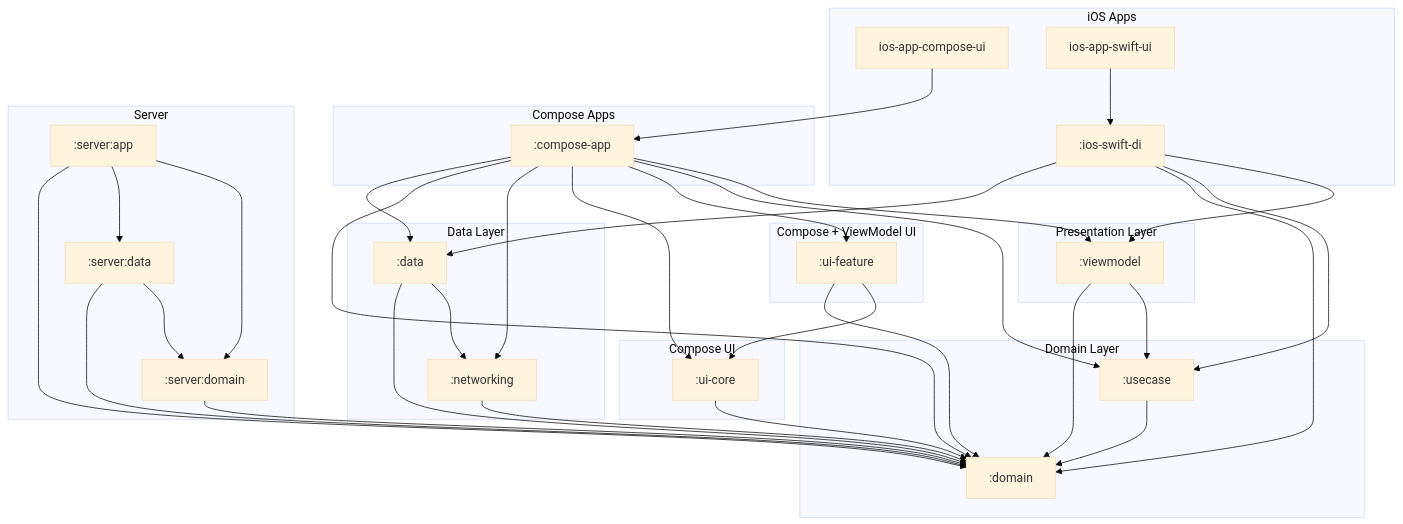
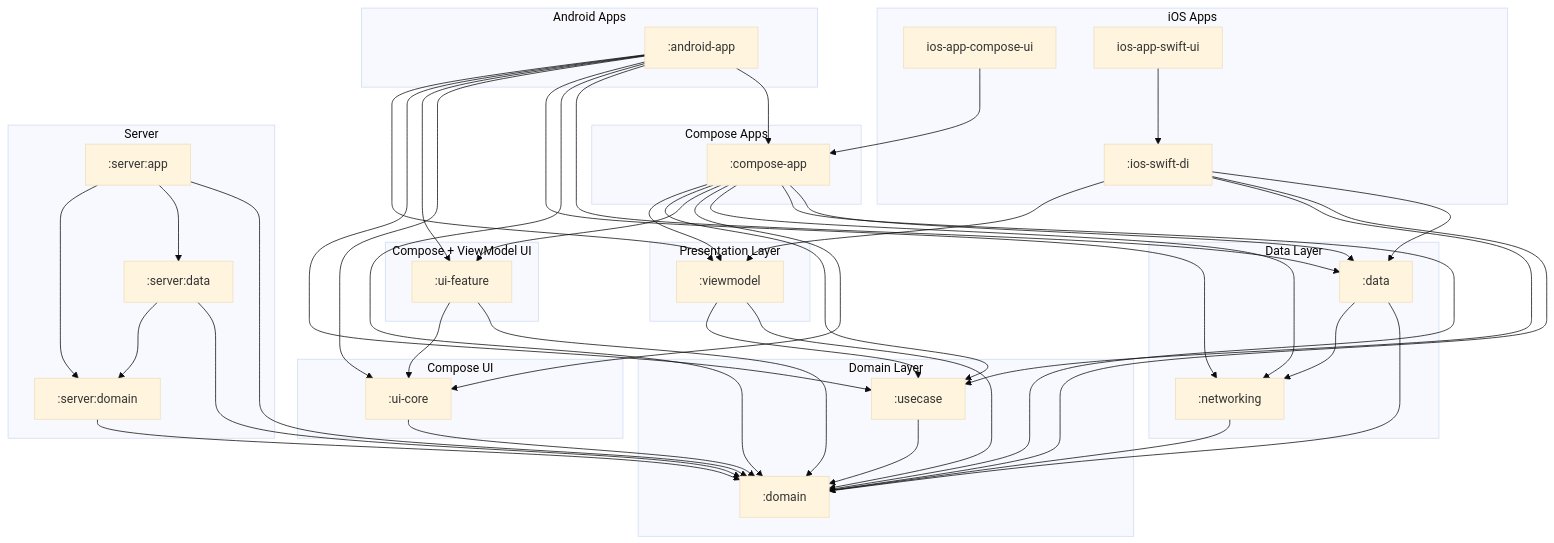
The diagram in docs/diagrams/full_system_structure.mmd (cartland/battery-butler), drawn with Mermaid (base theme) before and after one commit. The commit also changed 4 other files, not shown here.

Commit message:
docs: Regenerate architecture diagrams with android-app layer

```diff
--- a/docs/diagrams/full_system_structure.mmd
+++ b/docs/diagrams/full_system_structure.mmd
@@ -1,80 +1,93 @@
 graph TD
+    subgraph "Android Apps"
+        AndroidApp[":android-app"]
+    end
+
     subgraph "iOS Apps"
         IosSwiftDi[":ios-swift-di"]
         IosAppComposeUi["ios-app-compose-ui"]
         IosAppSwiftUi["ios-app-swift-ui"]
     end
 
     subgraph "Compose Apps"
         ComposeApp[":compose-app"]
     end
 
     subgraph "Server"
         ServerApp[":server:app"]
         ServerData[":server:data"]
         ServerDomain[":server:domain"]
     end
 
     subgraph "Compose UI"
         UiCore[":ui-core"]
     end
 
     subgraph "Compose + ViewModel UI"
         UiFeature[":ui-feature"]
     end
 
     subgraph "Presentation Layer"
         Viewmodel[":viewmodel"]
     end
 
     subgraph "Domain Layer"
         Domain[":domain"]
         Usecase[":usecase"]
     end
 
     subgraph "Data Layer"
         Data[":data"]
         Networking[":networking"]
     end
 
     %% Dependencies
+    AndroidApp --> ComposeApp
+    AndroidApp --> Data
+    AndroidApp --> Domain
+    AndroidApp --> Networking
+    AndroidApp --> UiCore
+    AndroidApp --> UiFeature
+    AndroidApp --> Usecase
+    AndroidApp --> Viewmodel
+
     ComposeApp --> Data
     ComposeApp --> Domain
     ComposeApp --> Networking
     ComposeApp --> UiCore
     ComposeApp --> UiFeature
     ComposeApp --> Usecase
     ComposeApp --> Viewmodel
 
     Data --> Domain
     Data --> Networking
 
     IosSwiftDi --> Data
     IosSwiftDi --> Domain
     IosSwiftDi --> Usecase
     IosSwiftDi --> Viewmodel
 
     Networking --> Domain
 
     ServerApp --> Domain
     ServerApp --> ServerData
     ServerApp --> ServerDomain
 
     ServerData --> Domain
     ServerData --> ServerDomain
 
     ServerDomain --> Domain
 
     UiCore --> Domain
 
     UiFeature --> Domain
     UiFeature --> UiCore
 
     Usecase --> Domain
 
     Viewmodel --> Domain
     Viewmodel --> Usecase
 
     IosAppComposeUi --> ComposeApp
 
     IosAppSwiftUi --> IosSwiftDi
```
